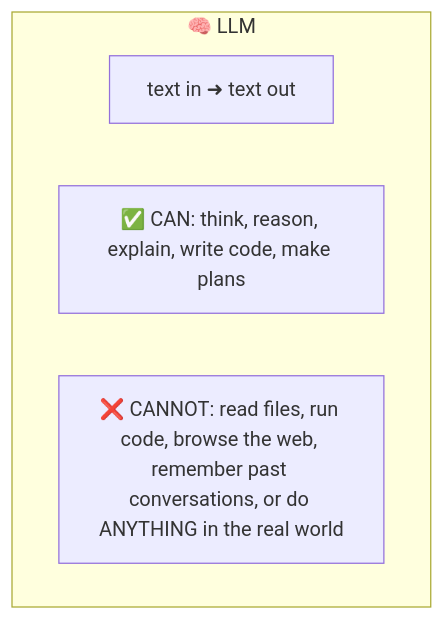
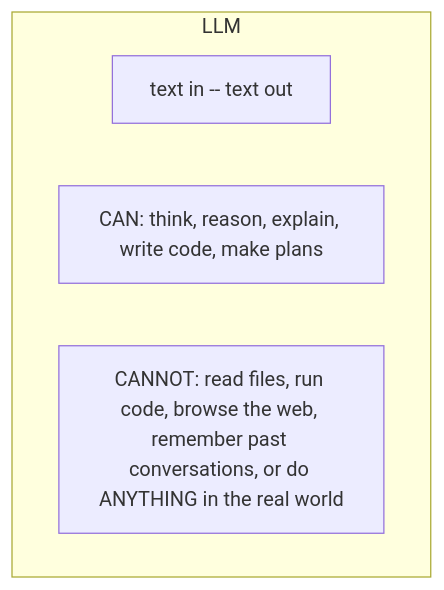
One commit to 2kages/agent-learning changed the first of 8 diagrams in README.md. Above: the diagram before and after it, drawn with Mermaid. The commit also changed other lines of this file and 2 other files, not shown here.

````diff
--- a/README.md
+++ b/README.md
@@ -13,9 +40,8 @@
 ```mermaid
 flowchart TD
-    subgraph LLM ["🧠 LLM"]
-        A["text in ➜ text out"]
-        B["✅ CAN: think, reason, explain, write code, make plans"]
-        C["❌ CANNOT: read files, run code, browse the web, remember past conversations, or do ANYTHING in the real world"]
+    subgraph LLM ["LLM"]
+        A["text in -- text out"]
+        B["CAN: think, reason, explain, write code, make plans"]
+        C["CANNOT: read files, run code, browse the web, remember past conversations, or do ANYTHING in the real world"]
     end
-
 ```
````
